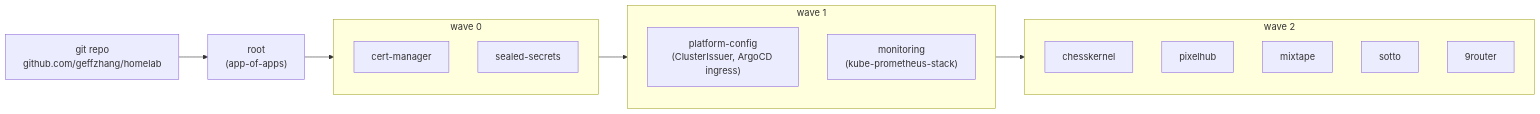
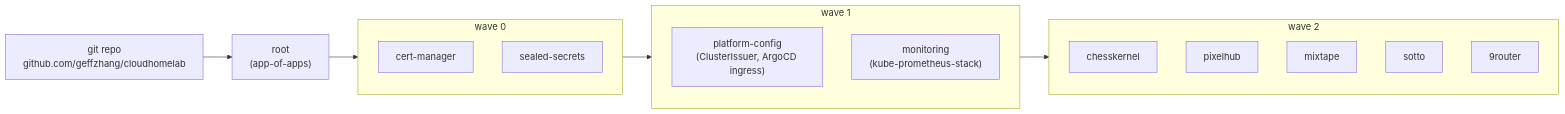
One commit to geffzhang/cloudhomelab changed the second of 5 diagrams in docs/architecture/overview.md. Above: the diagram before and after it, drawn with Mermaid. The commit also changed 19 other files, not shown here.

First line of the commit message:
Rename repo references to cloudhomelab

````diff
--- a/docs/architecture/overview.md
+++ b/docs/architecture/overview.md
@@ -73,25 +73,25 @@
 ```mermaid
 graph LR
-    Git["git repo<br/>github.com/geffzhang/homelab"]
+    Git["git repo<br/>github.com/geffzhang/cloudhomelab"]
     Root["root<br/>(app-of-apps)"]
 
     Git --> Root
 
     subgraph w0["wave 0"]
         CM["cert-manager"]
         SS["sealed-secrets"]
     end
     subgraph w1["wave 1"]
         PC["platform-config<br/>(ClusterIssuer, ArgoCD ingress)"]
         MON["monitoring<br/>(kube-prometheus-stack)"]
     end
     subgraph w2["wave 2"]
         CK["chesskernel"]
         PH["pixelhub"]
         MIX["mixtape"]
         SOT["sotto"]
         R9R["9router"]
     end
 
     Root --> w0 --> w1 --> w2
 ```
````
